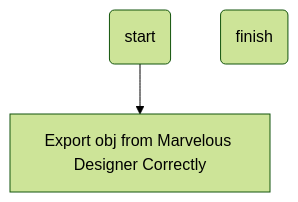
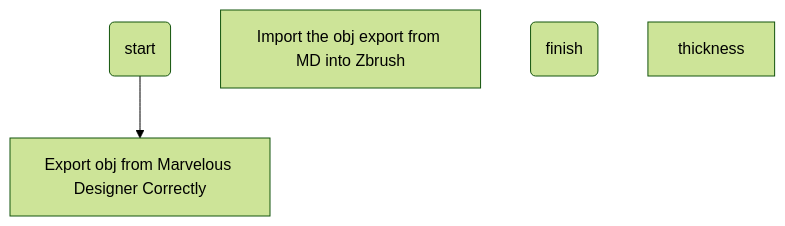
Before and after one commit to Navix647/Unreal_World: the diagram in Zbrush.md, drawn with Mermaid (forest theme). The commit also changed other lines of this file, not shown here.

Commit message:
Zbrush.md updated from https://stackedit.io/

````diff
--- a/Zbrush.md
+++ b/Zbrush.md
@@ -4,10 +4,12 @@
 ```mermaid
 flowchart
 	st(start)
 	mdexport[Export obj from Marvelous Designer Correctly]
+	zbimport[Import the obj export from MD into Zbrush]
 	ed(finish)
 	st-->mdexport
+	thickness
 	
 
 
 ```
````
